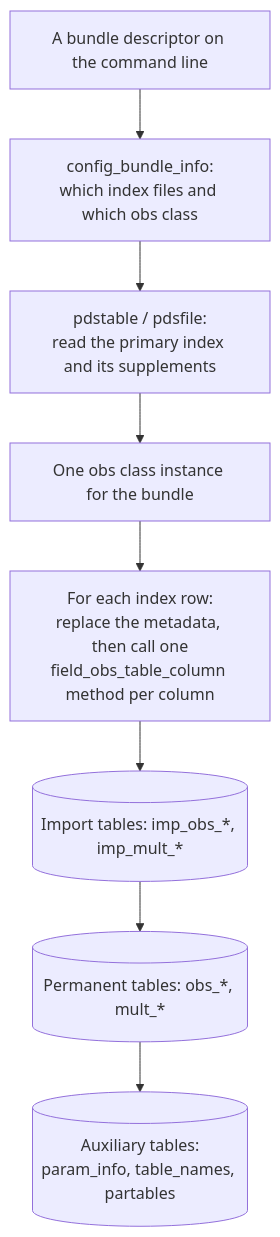
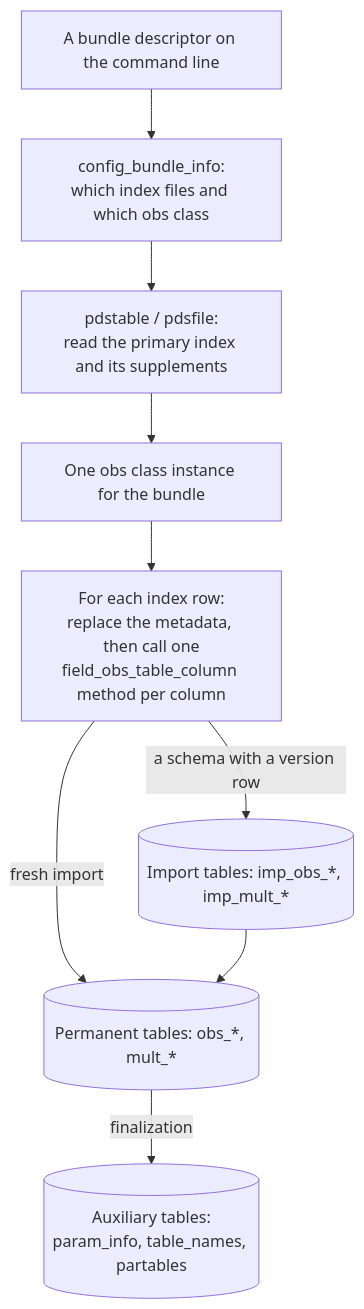
Before and after one commit to SETI/rms-opus: the second of 3 diagrams in docs/dev_guide_architecture.rst, drawn with Mermaid. The commit also changed other lines of this file and 67 other files, not shown here.

First line of the commit message:
feat: fresh import a schema directly, with its indexes created once at the end

```diff
--- a/docs/dev_guide_architecture.rst
+++ b/docs/dev_guide_architecture.rst
@@ -42,11 +42,12 @@
 .. mermaid::
     :zoom:
 
     flowchart TD
         A[A bundle descriptor on the command line] --> B[config_bundle_info:<br/>which index files and which obs class]
         B --> C[pdstable / pdsfile:<br/>read the primary index and its supplements]
         C --> D[One obs class instance for the bundle]
         D --> E[For each index row:<br/>replace the metadata, then call one<br/>field_obs_table_column method per column]
-        E --> F[(Import tables: imp_obs_*, imp_mult_*)]
-        F --> G[(Permanent tables: obs_*, mult_*)]
-        G --> H[(Auxiliary tables:<br/>param_info, table_names, partables)]
+        E -->|fresh import| G[(Permanent tables: obs_*, mult_*)]
+        E -->|a schema with a version row| F[(Import tables: imp_obs_*, imp_mult_*)]
+        F --> G
+        G -->|finalization| H[(Auxiliary tables:<br/>param_info, table_names, partables)]
```
